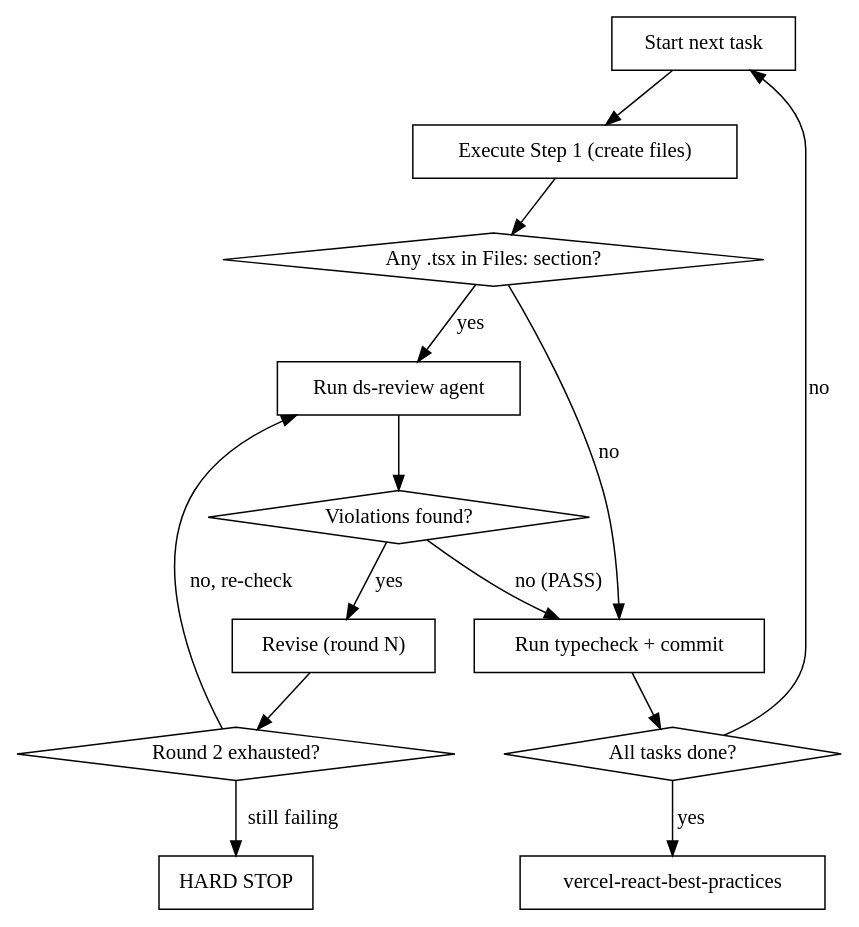
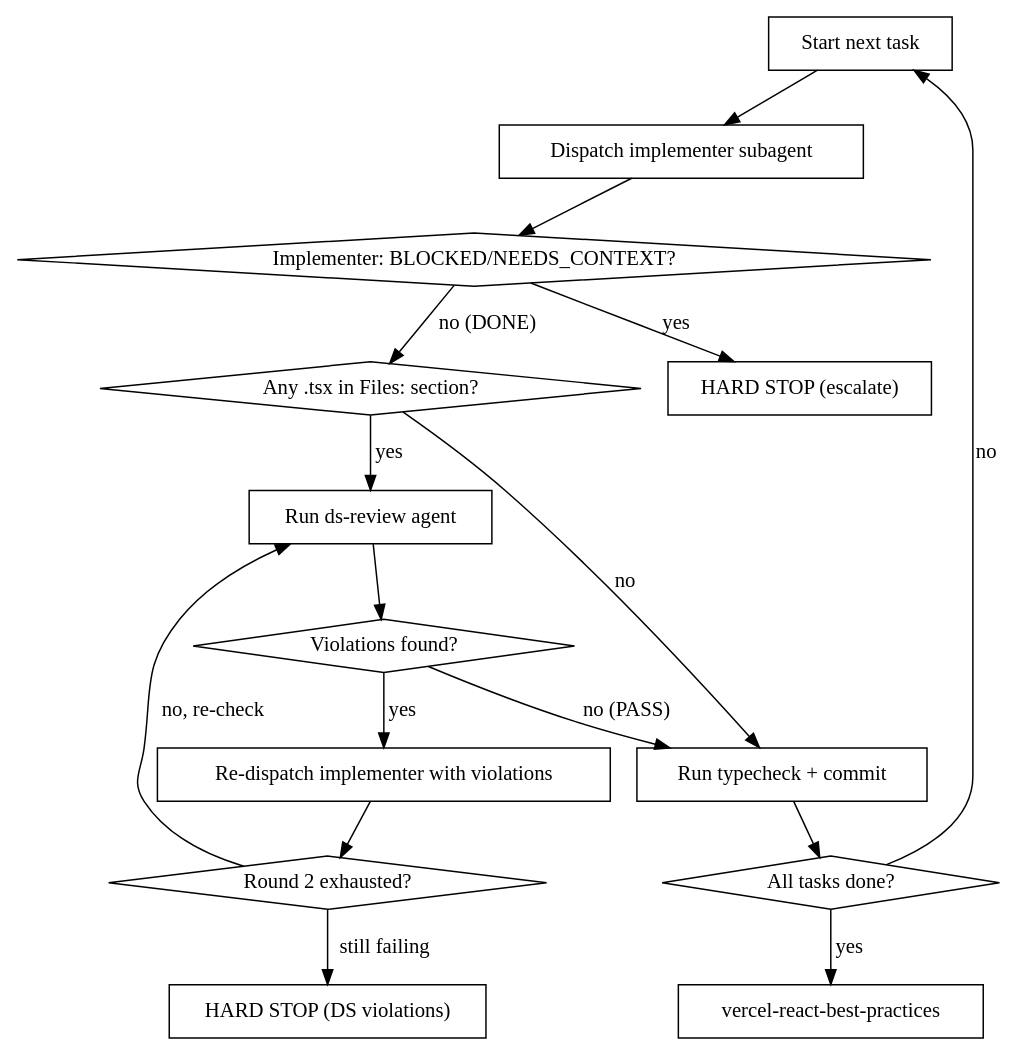
The diagram in .claude/skills/ds-constrained-execution/SKILL.md (KISA-webpage-development-team/umichkisa-ds), drawn with Graphviz before and after one commit. The commit also changed other lines of this file and 1 other file, not shown here.

Commit message:
feat(skills): add implementer subagent template and update execution loop

````diff
--- a/.claude/skills/ds-constrained-execution/SKILL.md
+++ b/.claude/skills/ds-constrained-execution/SKILL.md
@@ -41,29 +41,33 @@
 ```dot
 digraph execution {
   "Start next task" [shape=box];
-  "Execute Step 1 (create files)" [shape=box];
+  "Dispatch implementer subagent" [shape=box];
+  "Implementer: BLOCKED/NEEDS_CONTEXT?" [shape=diamond];
+  "HARD STOP (escalate)" [shape=box];
   "Any .tsx in Files: section?" [shape=diamond];
   "Run ds-review agent" [shape=box];
   "Violations found?" [shape=diamond];
-  "Revise (round N)" [shape=box];
+  "Re-dispatch implementer with violations" [shape=box];
   "Round 2 exhausted?" [shape=diamond];
-  "HARD STOP" [shape=box];
+  "HARD STOP (DS violations)" [shape=box];
   "Run typecheck + commit" [shape=box];
   "All tasks done?" [shape=diamond];
   "vercel-react-best-practices" [shape=box];
 
-  "Start next task" -> "Execute Step 1 (create files)";
-  "Execute Step 1 (create files)" -> "Any .tsx in Files: section?";
+  "Start next task" -> "Dispatch implementer subagent";
+  "Dispatch implementer subagent" -> "Implementer: BLOCKED/NEEDS_CONTEXT?";
+  "Implementer: BLOCKED/NEEDS_CONTEXT?" -> "HARD STOP (escalate)" [label="yes"];
+  "Implementer: BLOCKED/NEEDS_CONTEXT?" -> "Any .tsx in Files: section?" [label="no (DONE)"];
   "Any .tsx in Files: section?" -> "Run ds-review agent" [label="yes"];
   "Any .tsx in Files: section?" -> "Run typecheck + commit" [label="no"];
   "Run ds-review agent" -> "Violations found?";
   "Violations found?" -> "Run typecheck + commit" [label="no (PASS)"];
-  "Violations found?" -> "Revise (round N)" [label="yes"];
-  "Revise (round N)" -> "Round 2 exhausted?";
-  "Round 2 exhausted?" -> "HARD STOP" [label="still failing"];
+  "Violations found?" -> "Re-dispatch implementer with violations" [label="yes"];
+  "Re-dispatch implementer with violations" -> "Round 2 exhausted?";
+  "Round 2 exhausted?" -> "HARD STOP (DS violations)" [label="still failing"];
   "Round 2 exhausted?" -> "Run ds-review agent" [label="no, re-check"];
   "Run typecheck + commit" -> "All tasks done?";
   "All tasks done?" -> "vercel-react-best-practices" [label="yes"];
   "All tasks done?" -> "Start next task" [label="no"];
 }
 ```
````
